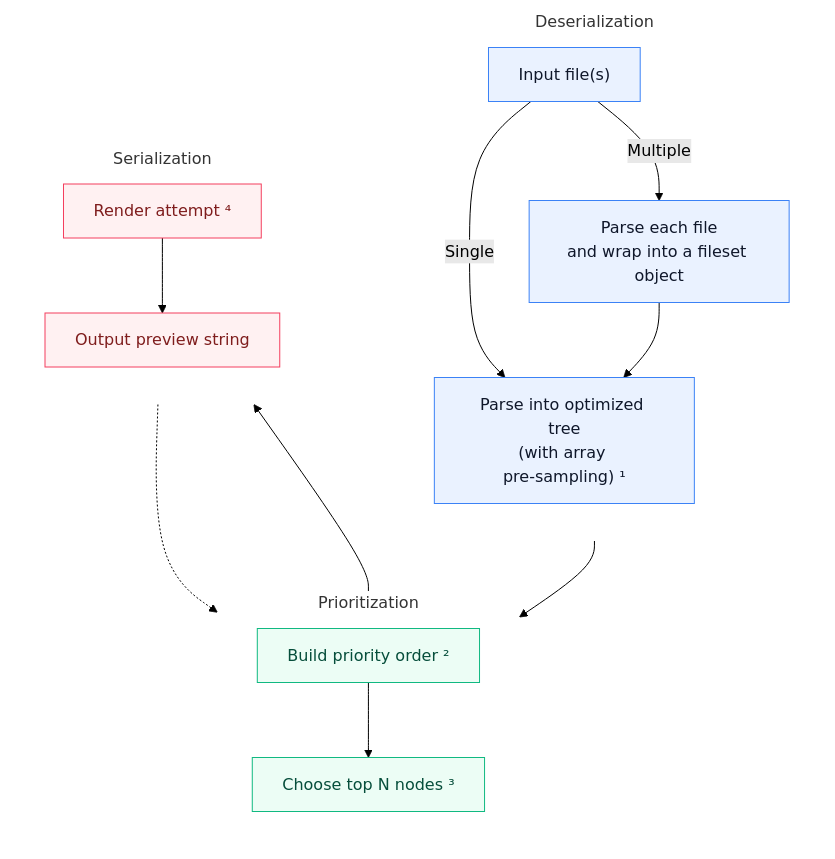
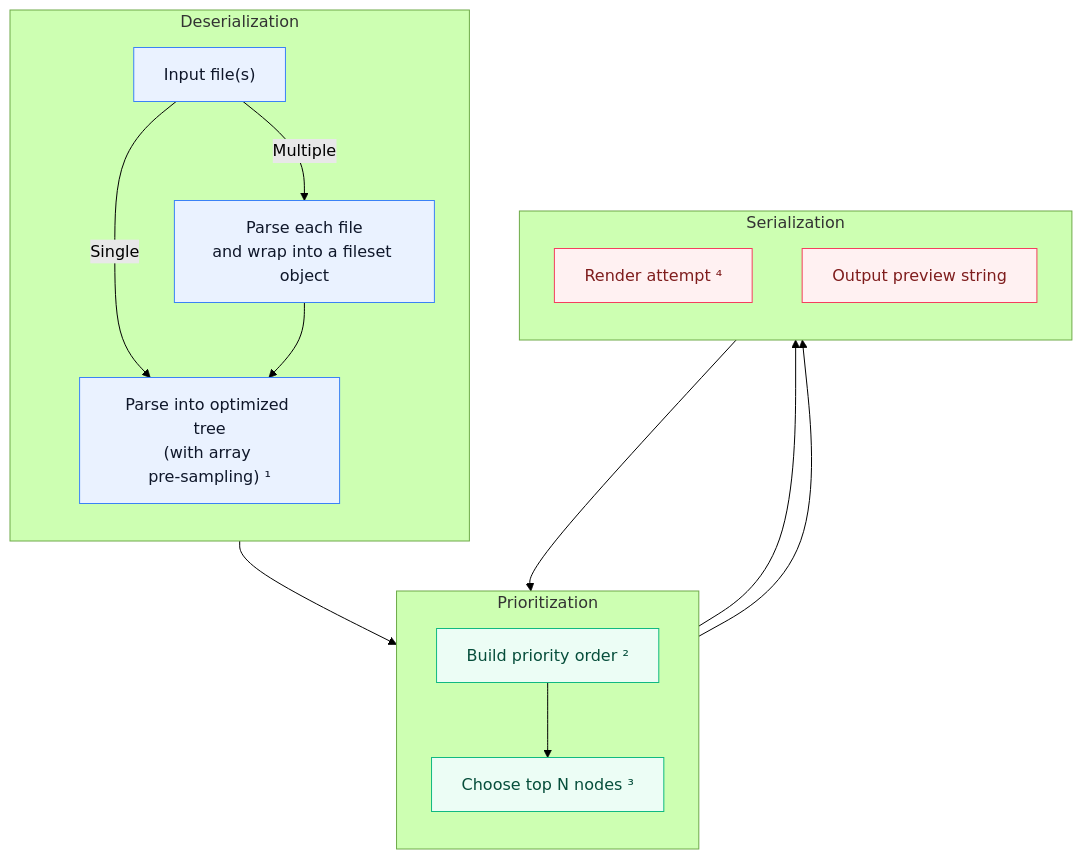
Before and after one commit to kantord/headson: the diagram in docs/diagrams/algorithm.mmd, drawn with Mermaid (forest theme). The commit also changed 3 other files, not shown here.

```diff
--- a/docs/diagrams/algorithm.mmd
+++ b/docs/diagrams/algorithm.mmd
@@ -1,33 +1,30 @@
 flowchart TD
     subgraph Deserialization
         direction TB
         A["Input file(s)"]
         A -- Single --> C["Parse into optimized tree<br/>(with array pre‑sampling) ¹"]
         A -- Multiple --> D["Parse each file<br/>and wrap into a fileset object"]
         D --> C
     end
     subgraph Prioritization
         direction TB
         E["Build priority order ²"]
         F["Choose top N nodes ³"]
     end
     subgraph Serialization
         direction TB
         G["Render attempt ⁴"]
         H["Output preview string"]
     end
     C --> E
     E --> F
     F --> G
-    G -.-> F
-    G --> H
+    G --> F
+    F --> H
     %% Color classes for categories
     classDef des fill:#eaf2ff,stroke:#3b82f6,stroke-width:1px,color:#0f172a;
     classDef prio fill:#ecfdf5,stroke:#10b981,stroke-width:1px,color:#064e3b;
     classDef ser fill:#fff1f2,stroke:#f43f5e,stroke-width:1px,color:#7f1d1d;
     class A,C,D des;
     class E,F prio;
     class G,H ser;
-    style Deserialization fill:transparent,stroke:transparent
-    style Prioritization fill:transparent,stroke:transparent
-    style Serialization fill:transparent,stroke:transparent
```
